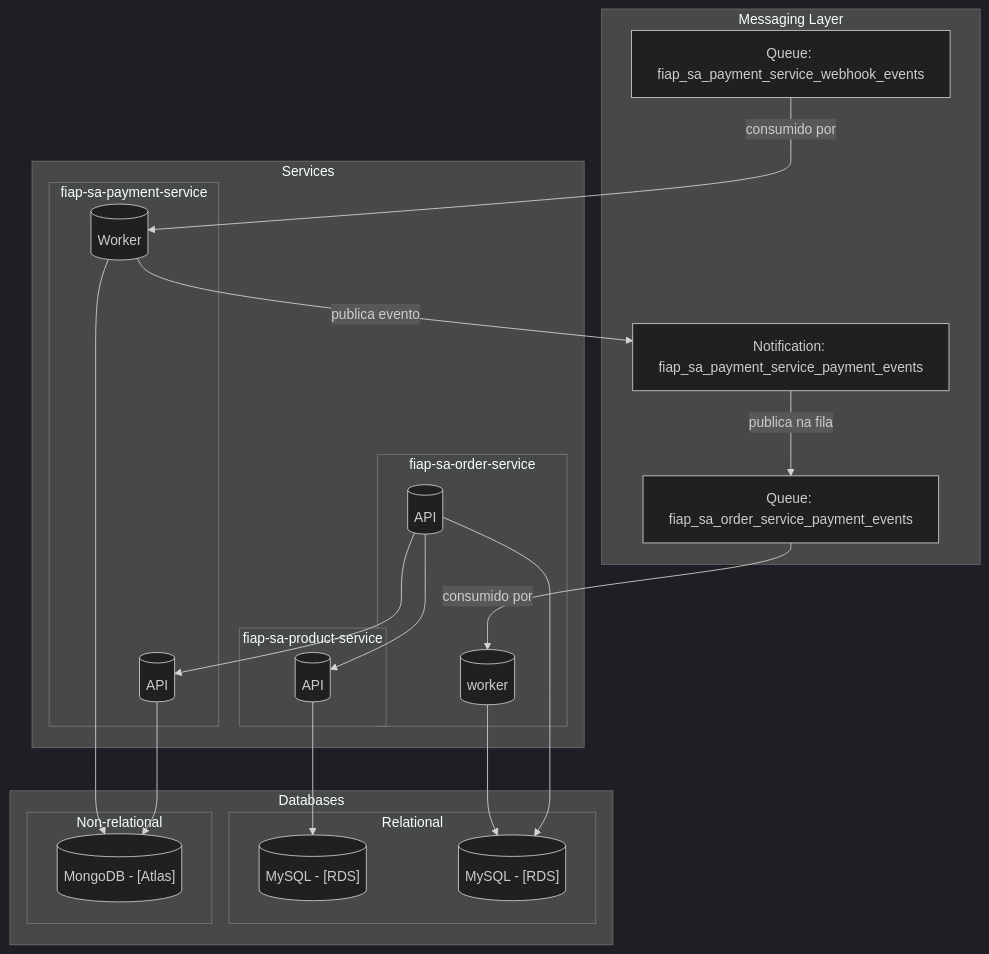
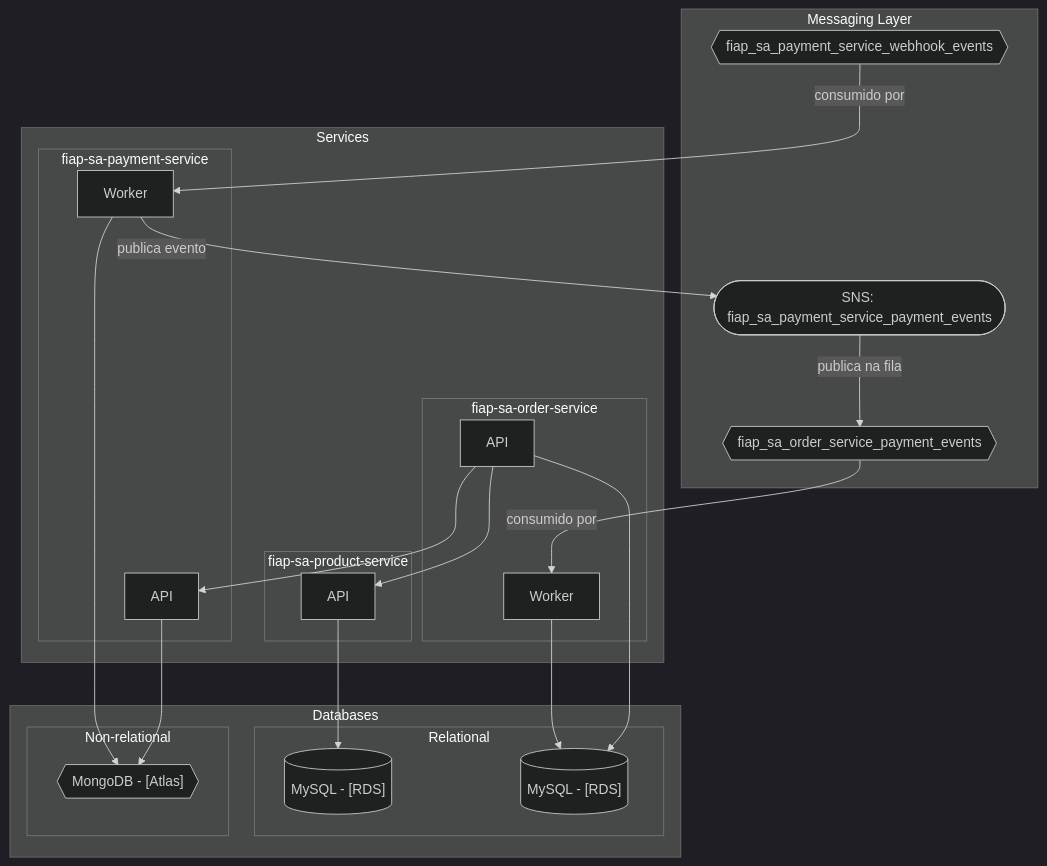
One commit to KauanCarvalho/fiap-sa-infra changed the diagram in README.md. Above: the diagram before and after it, drawn with Mermaid (dark theme).

Commit message:
feat: bump readme (#13)

````diff
--- a/README.md
+++ b/README.md
@@ -7,46 +7,46 @@
 ```mermaid
 flowchart TD
   subgraph Databases["Databases"]
     subgraph Relational["Relational"]
         MySQL_Product[("MySQL - [RDS]")]
         MySQL_Order[("MySQL - [RDS]")]
     end
     subgraph Non_relational["Non-relational"]
-        MongoDB_Payment[("MongoDB - [Atlas]")]
+        MongoDB_Payment{{"MongoDB - [Atlas]"}}
     end
   end
 
   subgraph Messaging_Layer["Messaging Layer"]
-    SQS_Payment["Queue: fiap_sa_payment_service_webhook_events"]
-    SQS_Order["Queue: fiap_sa_order_service_payment_events"]
-    SNS_Payment["Notification: fiap_sa_payment_service_payment_events"]
+    SQS_Payment{{"fiap_sa_payment_service_webhook_events"}}
+    SQS_Order{{"fiap_sa_order_service_payment_events"}}
+    SNS_Payment(["SNS: fiap_sa_payment_service_payment_events"])
   end
 
   subgraph Services["Services"]
     subgraph Payment["fiap-sa-payment-service"]
-      Payment_Worker[("Worker")]
-      Payment_API[("API")]
+      Payment_Worker["Worker"]
+      Payment_API["API"]
     end
 
     subgraph Product["fiap-sa-product-service"]
-      Product_Service[("API")]
+      Product_Service["API"]
     end
 
     subgraph Order["fiap-sa-order-service"]
-      Order_Worker[("worker")]
-      Order_API[("API")]
+      Order_Worker["Worker"]
+      Order_API["API"]
     end
   end
 
   Payment_Worker --> MongoDB_Payment
   Payment_API --> MongoDB_Payment
   Product_Service --> MySQL_Product
   Order_Worker --> MySQL_Order
   Order_API --> MySQL_Order
   Order_API --> Product_Service
   Order_API --> Payment_API
   Payment_Worker -- publica evento --> SNS_Payment
   SNS_Payment -- publica na fila --> SQS_Order
   SQS_Order -- consumido por --> Order_Worker
   SQS_Payment -- consumido por --> Payment_Worker
 ```
````
